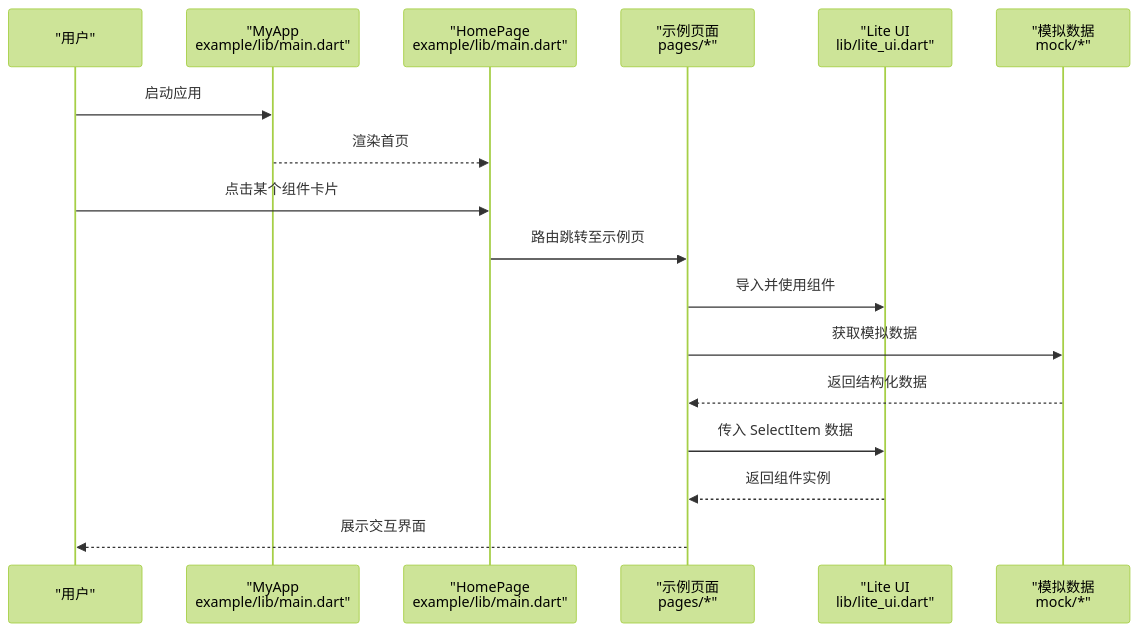
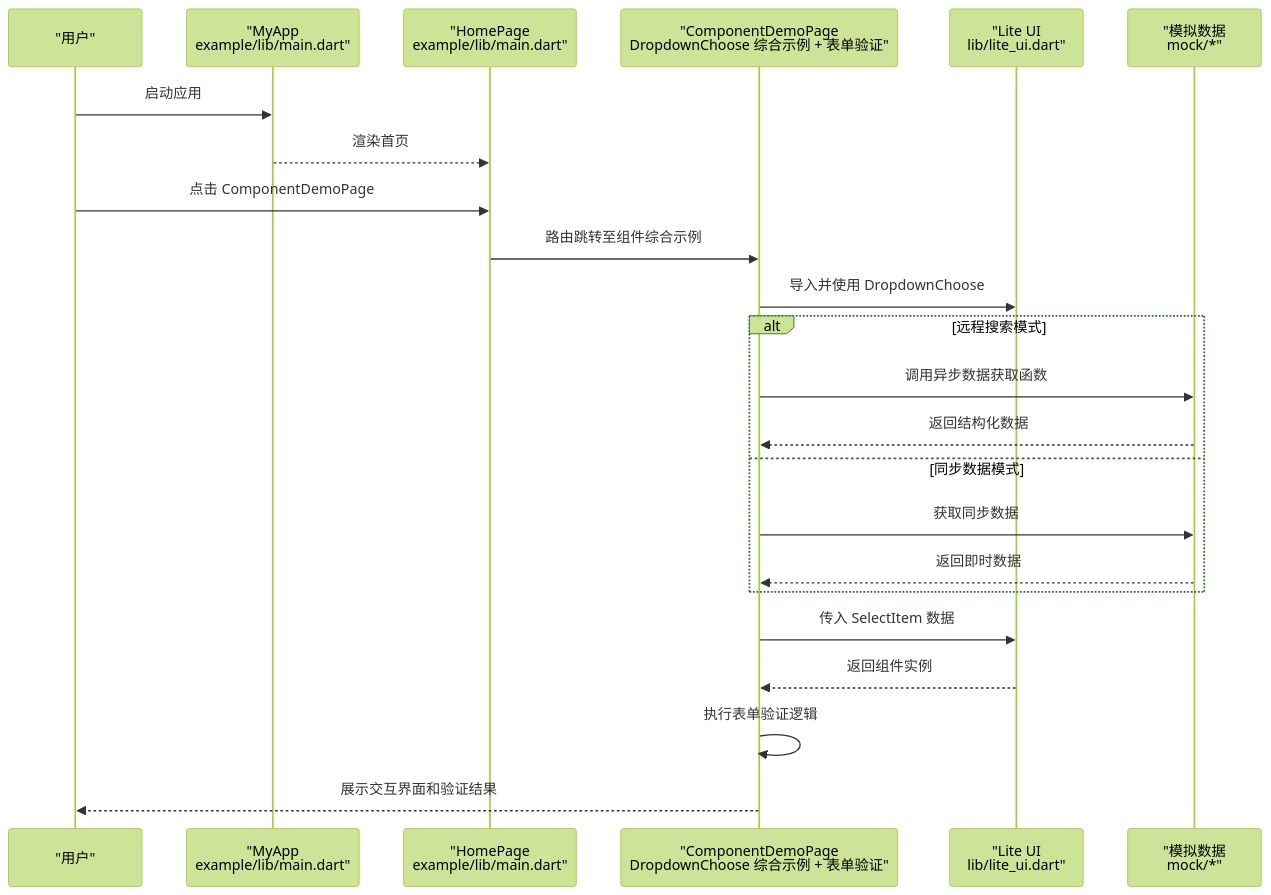
Before and after one commit to yuzhido/lite-ui: the second of 10 diagrams in .qoder/repowiki/zh/content/示例演示.md, drawn with Mermaid (forest theme). The commit also changed other lines of this file and 44 other files, not shown here.

````diff
--- a/.qoder/repowiki/zh/content/示例演示.md
+++ b/.qoder/repowiki/zh/content/示例演示.md
@@ -133,19 +133,25 @@
 ```mermaid
 sequenceDiagram
 participant U as "用户"
 participant M as "MyApp<br/>example/lib/main.dart"
 participant H as "HomePage<br/>example/lib/main.dart"
-participant P as "示例页面<br/>pages/*"
+participant P as "ComponentDemoPage<br/>DropdownChoose 综合示例 + 表单验证"
 participant L as "Lite UI<br/>lib/lite_ui.dart"
 participant MD as "模拟数据<br/>mock/*"
 U->>M : 启动应用
 M-->>H : 渲染首页
-U->>H : 点击某个组件卡片
-H->>P : 路由跳转至示例页
-P->>L : 导入并使用组件
-P->>MD : 获取模拟数据
+U->>H : 点击 ComponentDemoPage
+H->>P : 路由跳转至组件综合示例
+P->>L : 导入并使用 DropdownChoose
+alt 远程搜索模式
+P->>MD : 调用异步数据获取函数
 MD-->>P : 返回结构化数据
+else 同步数据模式
+P->>MD : 获取同步数据
+MD-->>P : 返回即时数据
+end
 P->>L : 传入 SelectItem 数据
 L-->>P : 返回组件实例
-P-->>U : 展示交互界面
+P->>P : 执行表单验证逻辑
+P-->>U : 展示交互界面和验证结果
 ```
````
